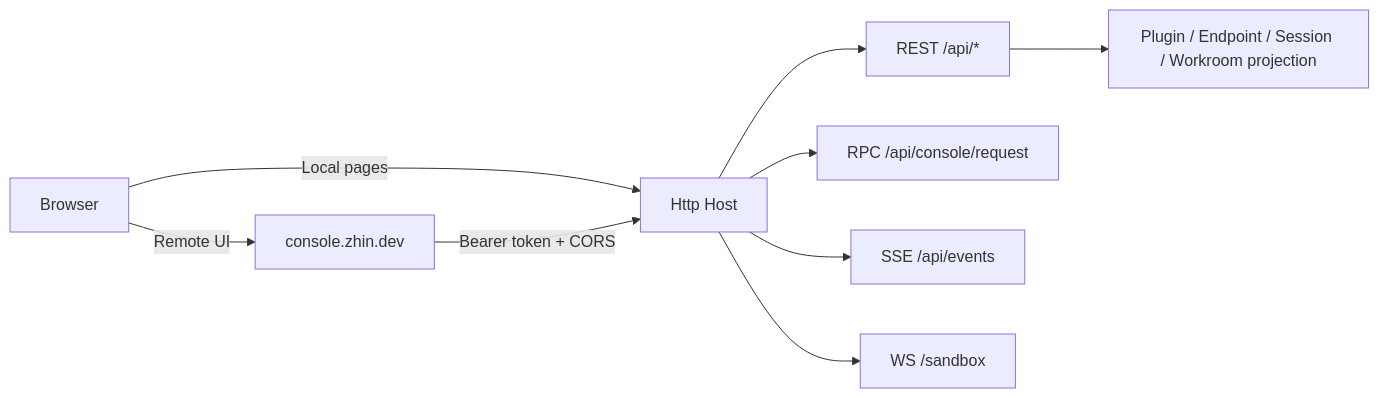
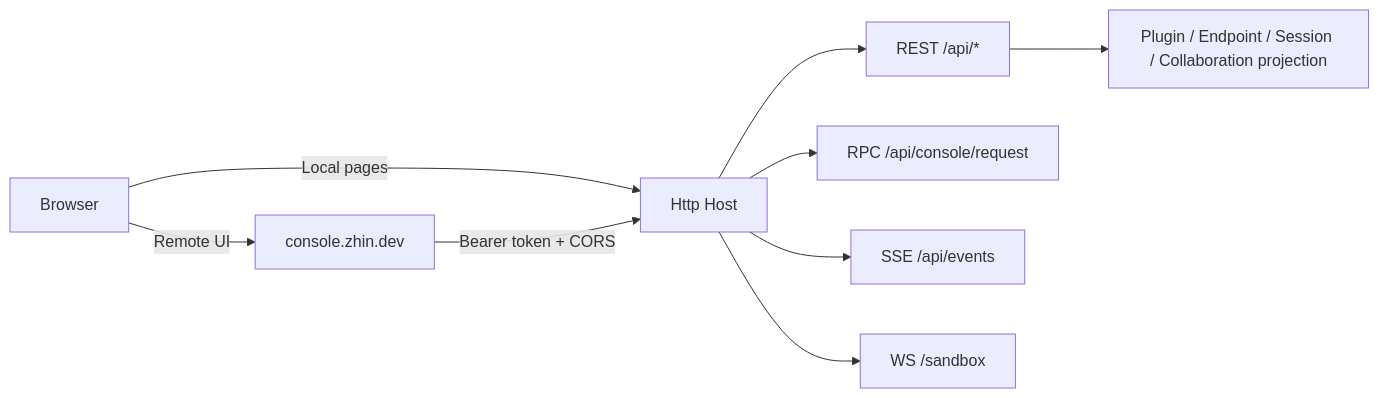
Before and after one commit to zhinjs/zhin: the diagram in docs/en/console/index.md, drawn with Mermaid. The commit also changed other lines of this file and 467 other files, not shown here.

````diff
--- a/docs/en/console/index.md
+++ b/docs/en/console/index.md
@@ -45,11 +45,11 @@
 ```mermaid
 flowchart LR
     B[Browser] -->|Remote UI| RC[console.zhin.dev]
     B -->|Local pages| H
     RC -->|Bearer token + CORS| H[Http Host]
     H --> R1[REST /api/*]
     H --> R2[RPC /api/console/request]
     H --> R3[SSE /api/events]
     H --> R4[WS /sandbox]
-    R1 --> P[Plugin / Endpoint / Session / Workroom projection]
+    R1 --> P[Plugin / Endpoint / Session / Collaboration projection]
 ```
````
